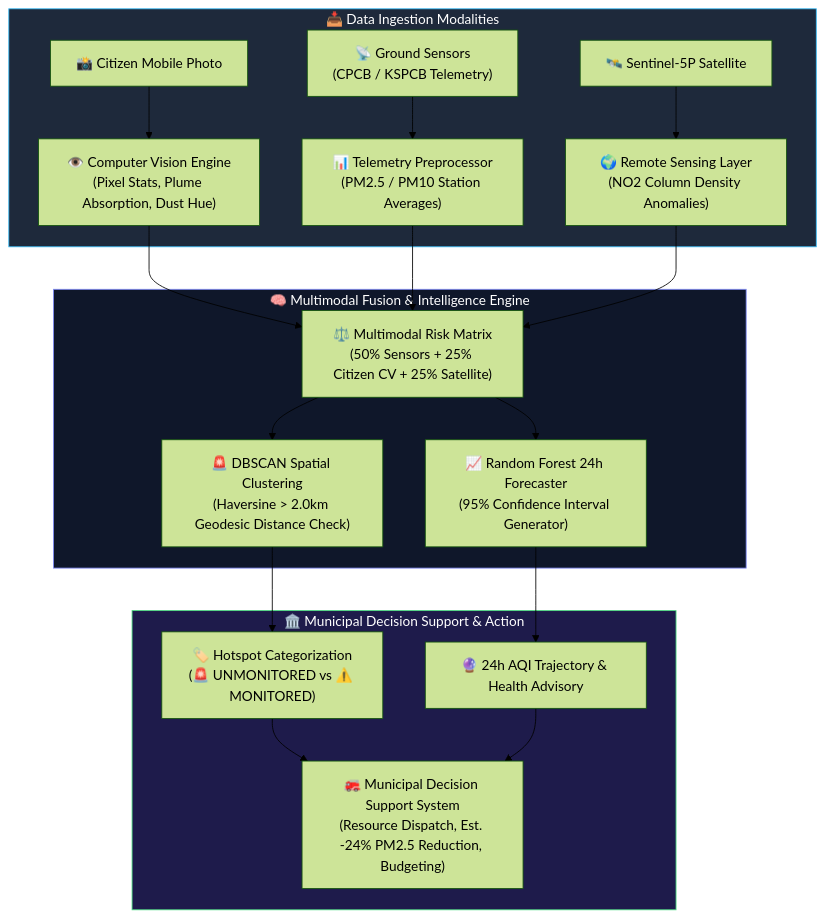
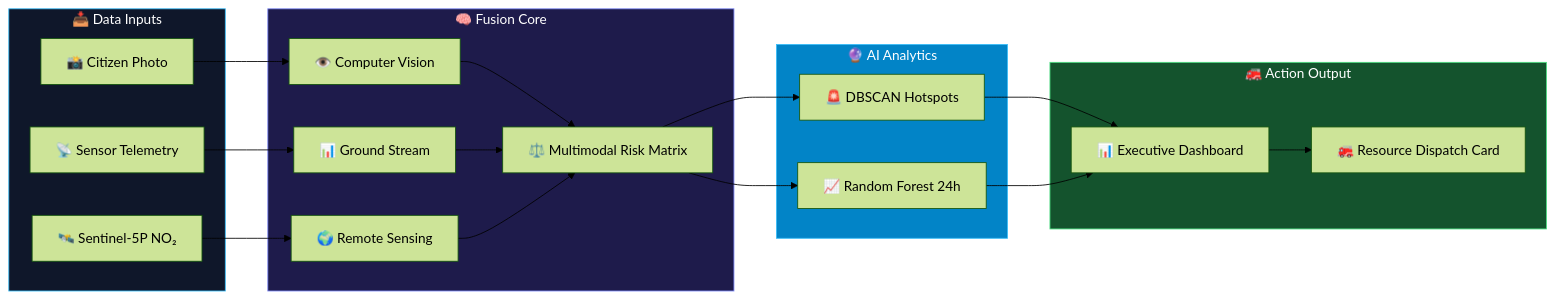
Before and after one commit to Manasa-L-Hegde/airguard-ai: the diagram in README.md, drawn with Mermaid (forest theme). The commit also changed other lines of this file and 4 other files, not shown here.

Commit message:
docs: 10/10 README upgrade with hero banner, custom logo, animated demo workflow, big impact metrics, and mermaid diagrams

````diff
--- a/README.md
+++ b/README.md
@@ -101,29 +168,34 @@
 ```mermaid
-flowchart TD
-    subgraph Input_Modalities["📥 Data Ingestion Modalities"]
-        A["📸 Citizen Mobile Photo"] --> CV["👁️ Computer Vision Engine<br/>(Pixel Stats, Plume Absorption, Dust Hue)"]
-        B["📡 Ground Sensors<br/>(CPCB / KSPCB Telemetry)"] --> SENS["📊 Telemetry Preprocessor<br/>(PM2.5 / PM10 Station Averages)"]
-        C["🛰️ Sentinel-5P Satellite"] --> SAT["🌍 Remote Sensing Layer<br/>(NO2 Column Density Anomalies)"]
+flowchart LR
+    subgraph Data_Inputs["📥 Data Inputs"]
+        A["📸 Citizen Photo"]
+        B["📡 Sensor Telemetry"]
+        C["🛰️ Sentinel-5P NO₂"]
     end
 
-    subgraph Fusion_Core["🧠 Multimodal Fusion & Intelligence Engine"]
-        CV --> FUSION["⚖️ Multimodal Risk Matrix<br/>(50% Sensors + 25% Citizen CV + 25% Satellite)"]
+    subgraph Core_Engine["🧠 Fusion Core"]
+        A --> CV["👁️ Computer Vision"]
+        B --> SENS["📊 Ground Stream"]
+        C --> SAT["🌍 Remote Sensing"]
+        
+        CV --> FUSION["⚖️ Multimodal Risk Matrix"]
         SENS --> FUSION
         SAT --> FUSION
-        
-        FUSION --> DBSCAN["🚨 DBSCAN Spatial Clustering<br/>(Haversine > 2.0km Geodesic Distance Check)"]
-        FUSION --> RF["📈 Random Forest 24h Forecaster<br/>(95% Confidence Interval Generator)"]
     end
 
-    subgraph Action_Output["🏛️ Municipal Decision Support & Action"]
-        DBSCAN --> CLUSTER["🏷️ Hotspot Categorization<br/>(🚨 UNMONITORED vs ⚠️ MONITORED)"]
-        RF --> FORECAST["🔮 24h AQI Trajectory & Health Advisory"]
-        
-        CLUSTER --> ACTION["🚒 Municipal Decision Support System<br/>(Resource Dispatch, Est. -24% PM2.5 Reduction, Budgeting)"]
-        FORECAST --> ACTION
+    subgraph Analytics["🔮 AI Analytics"]
+        FUSION --> DBSCAN["🚨 DBSCAN Hotspots"]
+        FUSION --> RF["📈 Random Forest 24h"]
     end
 
-    style Input_Modalities fill:#1e293b,stroke:#38bdf8,color:#fff
-    style Fusion_Core fill:#0f172a,stroke:#818cf8,color:#fff
-    style Action_Output fill:#1e1b4b,stroke:#4ade80,color:#fff
+    subgraph Action["🚒 Action Output"]
+        DBSCAN --> DASH["📊 Executive Dashboard"]
+        RF --> DASH
+        DASH --> DISPATCH["🚒 Resource Dispatch Card"]
+    end
+
+    style Data_Inputs fill:#0f172a,stroke:#38bdf8,color:#fff
+    style Core_Engine fill:#1e1b4b,stroke:#818cf8,color:#fff
+    style Analytics fill:#0284c7,stroke:#38bdf8,color:#fff
+    style Action fill:#14532d,stroke:#4ade80,color:#fff
 ```
````
